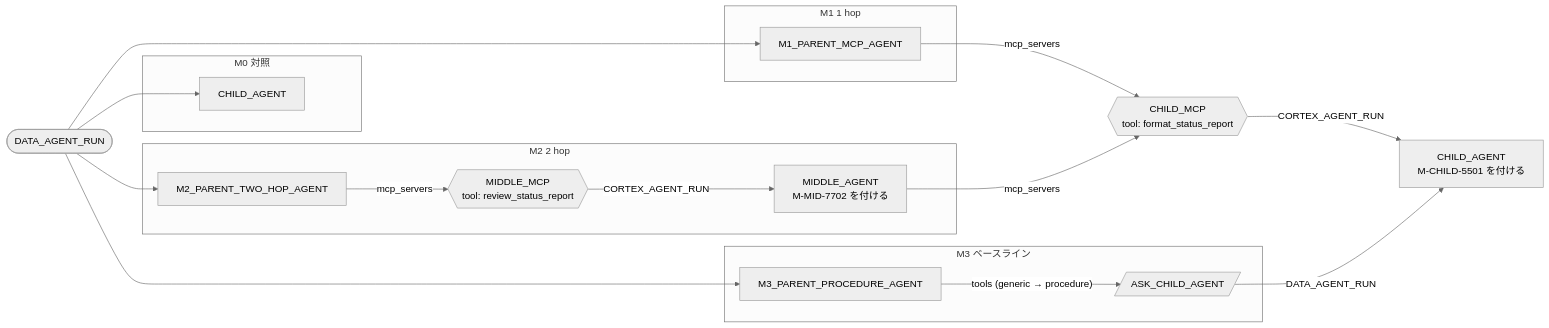
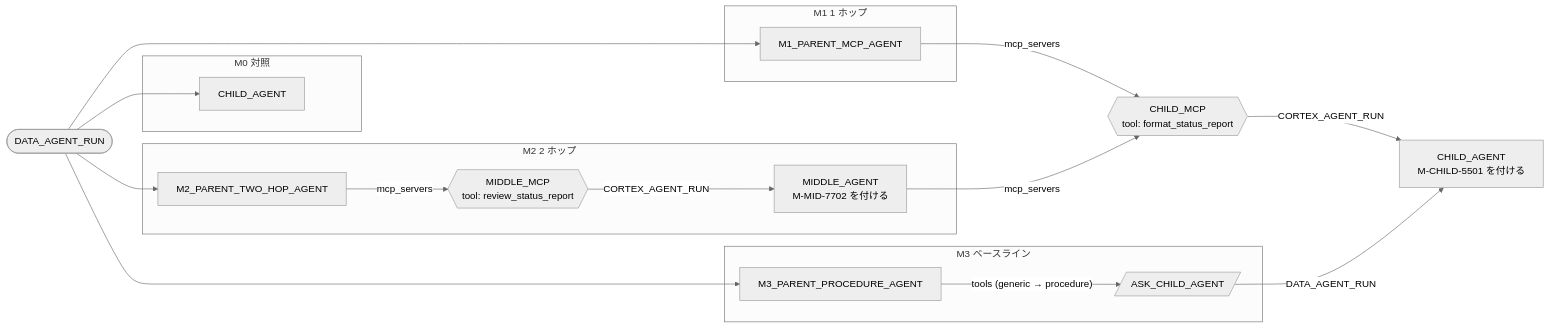
One commit to Snowflake-Labs/sf-samples-jp changed the diagram in handson/multi-agent-patterns/05_mcp_agent_chaining/README.md. Above: the diagram before and after it, drawn with Mermaid (neutral theme). The commit also changed other lines of this file and 106 other files, not shown here.

````diff
--- a/handson/multi-agent-patterns/05_mcp_agent_chaining/README.md
+++ b/handson/multi-agent-patterns/05_mcp_agent_chaining/README.md
@@ -15,29 +17,29 @@
 ```mermaid
 flowchart LR
   U([DATA_AGENT_RUN])
   subgraph M0[M0 対照]
     C0[CHILD_AGENT]
   end
-  subgraph M1[M1 1 hop]
+  subgraph M1[M1 1 ホップ]
     P1[M1_PARENT_MCP_AGENT]
   end
-  subgraph M2[M2 2 hop]
+  subgraph M2[M2 2 ホップ]
     P2[M2_PARENT_TWO_HOP_AGENT]
     MM{{MIDDLE_MCP<br/>tool: review_status_report}}
     MID[MIDDLE_AGENT<br/>M-MID-7702 を付ける]
   end
   subgraph M3[M3 ベースライン]
     P3[M3_PARENT_PROCEDURE_AGENT]
     PROC[/ASK_CHILD_AGENT/]
   end
   CM{{CHILD_MCP<br/>tool: format_status_report}}
   CH[CHILD_AGENT<br/>M-CHILD-5501 を付ける]
   U --> C0 & P1 & P2 & P3
   P1 -- mcp_servers --> CM
   P2 -- mcp_servers --> MM
   MM -- CORTEX_AGENT_RUN --> MID
   MID -- mcp_servers --> CM
   CM -- CORTEX_AGENT_RUN --> CH
   P3 -- "tools (generic → procedure)" --> PROC
   PROC -- DATA_AGENT_RUN --> CH
 ```
````
